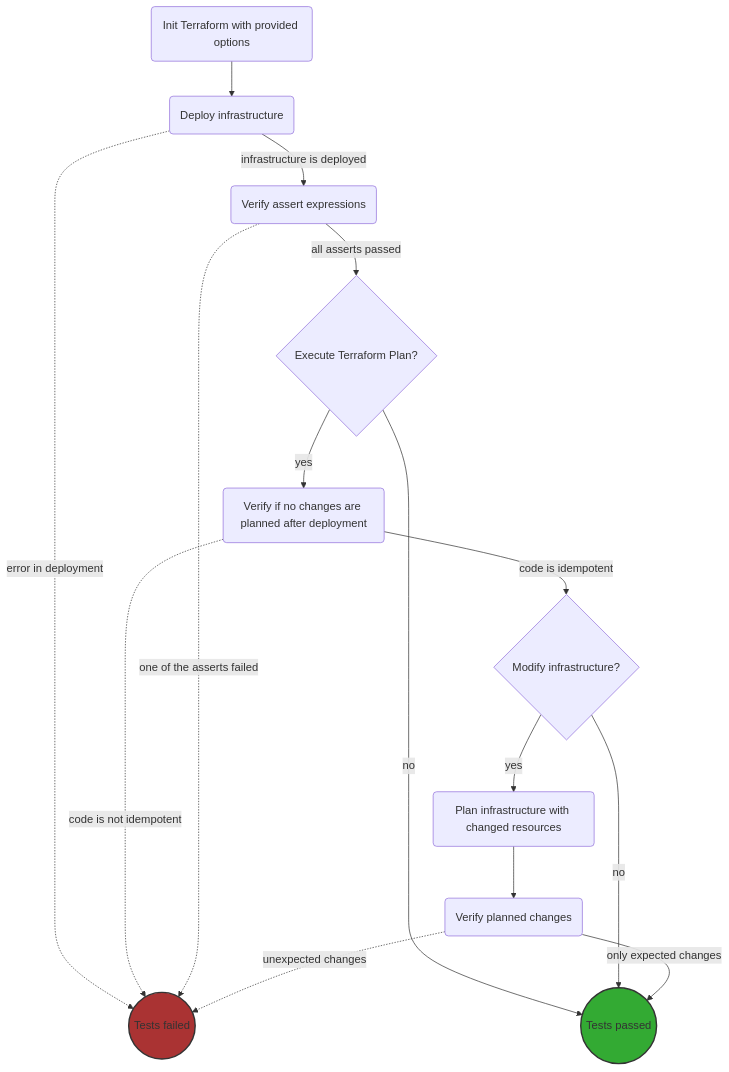
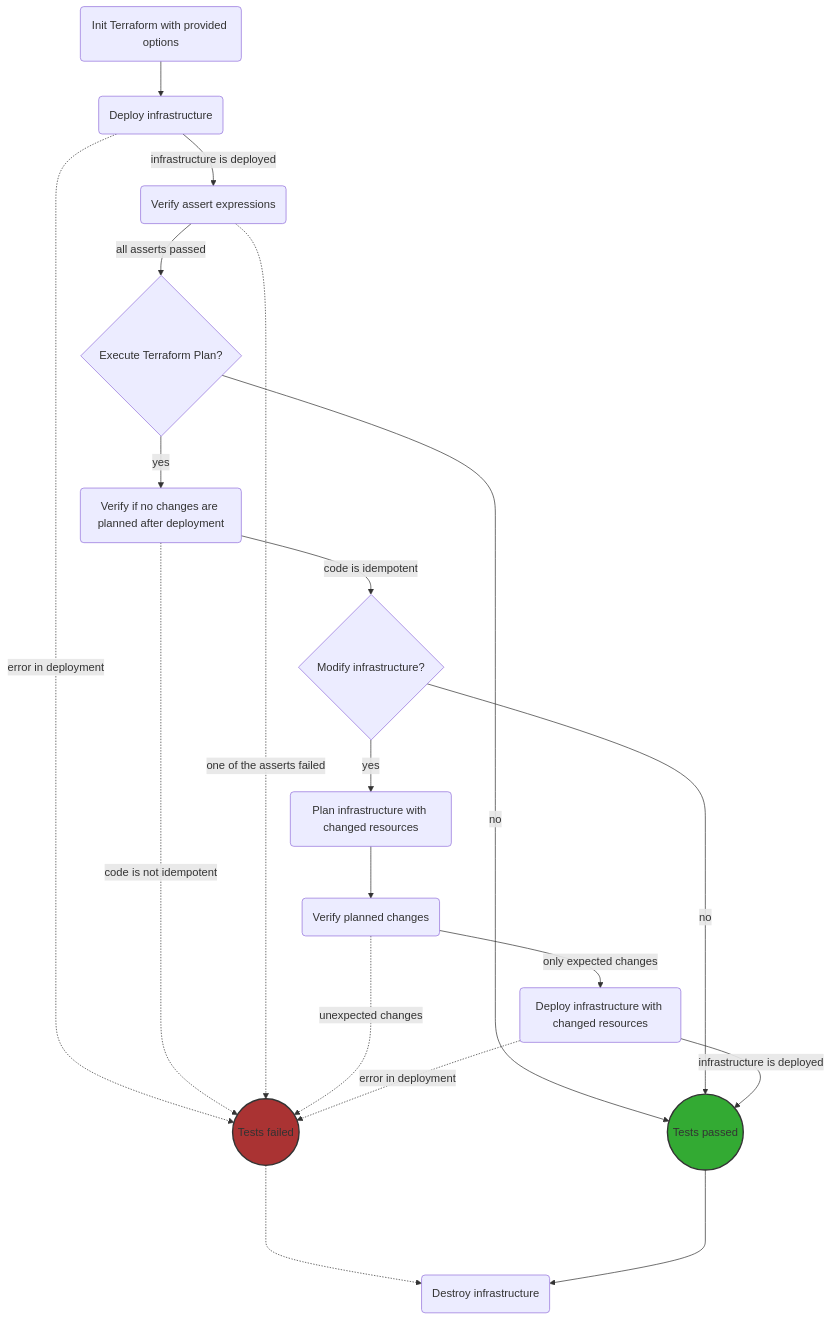
Before and after one commit to PaloAltoNetworks/terraform-aws-vmseries-modules: the diagram in tests/README.md, drawn with Mermaid. The commit also changed 2 other files, not shown here.

Commit message:
Update diagram for test skeleton and add next deployment with changes in infrastracture

````diff
--- a/tests/README.md
+++ b/tests/README.md
@@ -33,31 +33,37 @@
 ```mermaid
 graph TB
     terraform_options(Init Terraform with provided options)
     terraform_apply(Deploy infrastructure)
     do_terraform_plan_after_deploy{Execute Terraform Plan?}
     terraform_plan_after_deploy(Verify if no changes are planned after deployment)
     do_modify_infrastructure{Modify infrastructure?}
     modify_infrastructure(Plan infrastructure with changed resources)
     verify_changes(Verify planned changes)
+    terraform_apply_changes(Deploy infrastructure with changed resources)
     verify_assert_expression(Verify assert expressions)
+    terraform_destroy(Destroy infrastructure)
     test_fail((Tests failed))
     test_pass((Tests passed))
 
     terraform_options --> terraform_apply -- infrastructure is deployed --> verify_assert_expression
     do_terraform_plan_after_deploy -- yes --> terraform_plan_after_deploy
     terraform_plan_after_deploy -- code is idempotent --> do_modify_infrastructure
     verify_assert_expression -- all asserts passed --> do_terraform_plan_after_deploy
     do_modify_infrastructure -- yes --> modify_infrastructure --> verify_changes
+    verify_changes -- only expected changes --> terraform_apply_changes
     terraform_apply -. error in deployment .-> test_fail
     terraform_plan_after_deploy -. code is not idempotent .-> test_fail
     verify_assert_expression -. one of the asserts failed .-> test_fail
     verify_changes -. unexpected changes .-> test_fail
+    terraform_apply_changes -. error in deployment .-> test_fail
     do_terraform_plan_after_deploy -- no --> test_pass
     do_modify_infrastructure -- no --> test_pass
-    verify_changes -- only expected changes --> test_pass
+    terraform_apply_changes -- infrastructure is deployed --> test_pass
+    test_fail -..-> terraform_destroy
+    test_pass ----> terraform_destroy
 
     classDef green fill:#33aa33,stroke:#333,stroke-width:2px;
     classDef red fill:#aa3333,stroke:#333,stroke-width:2px;
     class test_pass green
     class test_fail red
 ```
````
